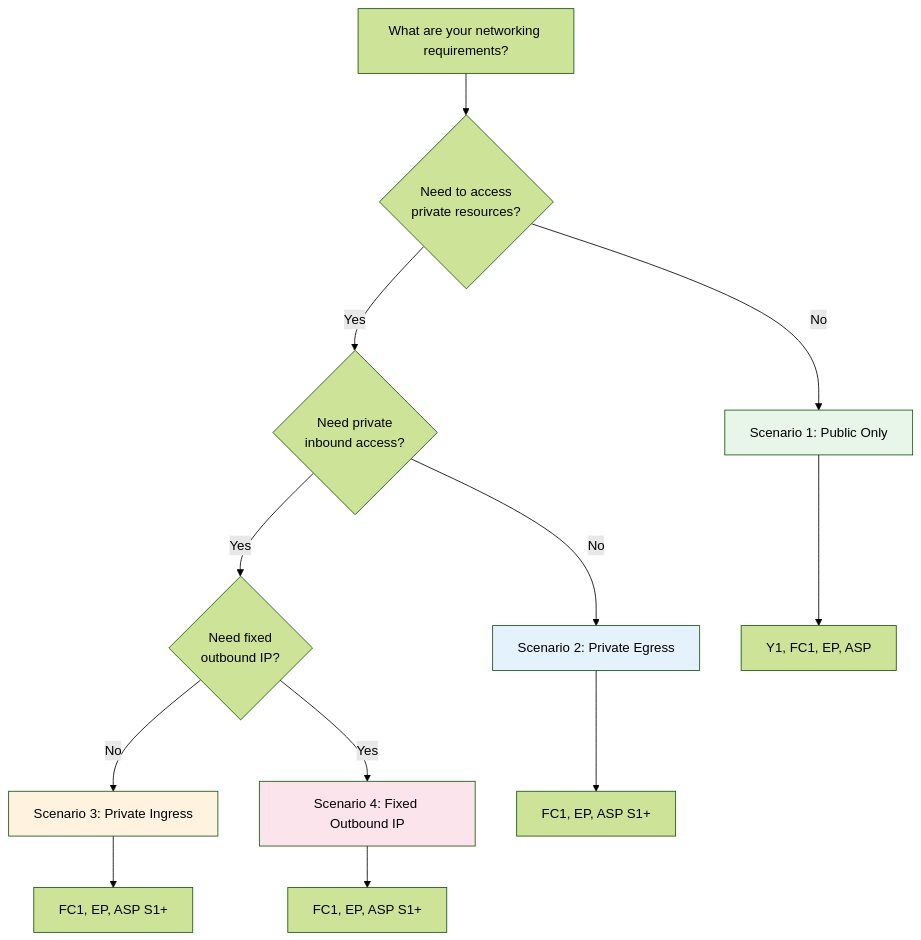
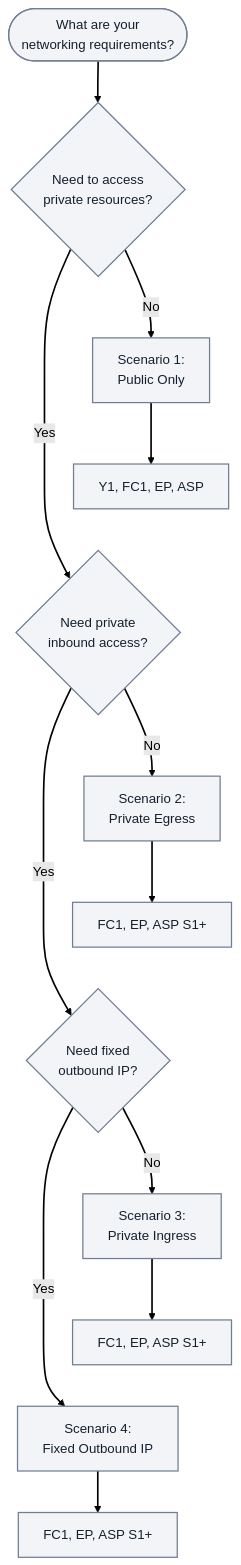
The diagram in docs/platform/networking-scenarios/index.md (yeongseon/azure-functions-practical-guide), drawn with Mermaid (forest theme) before and after one commit. The commit also changed 4 other files, not shown here.

First line of the commit message:
docs(diagrams): migrate Functions network scenarios — fixed outbound nat and index and related pages (#418)

````diff
--- a/docs/platform/networking-scenarios/index.md
+++ b/docs/platform/networking-scenarios/index.md
@@ -42,23 +42,28 @@
 ```mermaid
 flowchart TD
-    START[What are your networking requirements?] --> Q1{Need to access<br/>private resources?}
+    accTitle: Networking scenario decision guide
+    accDescr: Guide scenario selection checks private resource access, then private inbound access, then fixed outbound IP requirements. Each Yes or No branch retains its scenario and guide plan list; this is not an exhaustive networking capability classifier.
+    START(["What are your<br/>networking requirements?"]) --> Q1{Need to access<br/>private resources?}
     
-    Q1 -->|No| PUBLIC[Scenario 1: Public Only]
+    Q1 -->|No| PUBLIC["Scenario 1:<br/>Public Only"]
     Q1 -->|Yes| Q2{Need private<br/>inbound access?}
     
-    Q2 -->|No| PRIVATE_EGRESS[Scenario 2: Private Egress]
+    Q2 -->|No| PRIVATE_EGRESS["Scenario 2:<br/>Private Egress"]
     Q2 -->|Yes| Q3{Need fixed<br/>outbound IP?}
     
-    Q3 -->|No| PRIVATE_INGRESS[Scenario 3: Private Ingress]
-    Q3 -->|Yes| NAT[Scenario 4: Fixed Outbound IP]
+    Q3 -->|No| PRIVATE_INGRESS["Scenario 3:<br/>Private Ingress"]
+    Q3 -->|Yes| NAT["Scenario 4:<br/>Fixed Outbound IP"]
     
     PUBLIC --> Y1[Y1, FC1, EP, ASP]
     PRIVATE_EGRESS --> FC1_EP_ASP[FC1, EP, ASP S1+]
     PRIVATE_INGRESS --> FC1_EP_ASP2[FC1, EP, ASP S1+]
     NAT --> FC1_EP_ASP3[FC1, EP, ASP S1+]
     
-    style PUBLIC fill:#E8F5E9
-    style PRIVATE_EGRESS fill:#E3F2FD
-    style PRIVATE_INGRESS fill:#FFF3E0
-    style NAT fill:#FCE4EC
+    %% Layout-only links tier complete branches; no decisions or arrows added.
+    Y1 ~~~ Q2
+    FC1_EP_ASP ~~~ Q3
+    FC1_EP_ASP2 ~~~ NAT
+    classDef baseNeutral fill:#f2f4f8,stroke:#707e93,stroke-width:1.5px,color:#14202e;
+    class START,Q1,Q2,Q3,PUBLIC,PRIVATE_EGRESS,PRIVATE_INGRESS,NAT,Y1,FC1_EP_ASP,FC1_EP_ASP2,FC1_EP_ASP3 baseNeutral;
+    linkStyle default stroke-width:2px;
 ```
````
